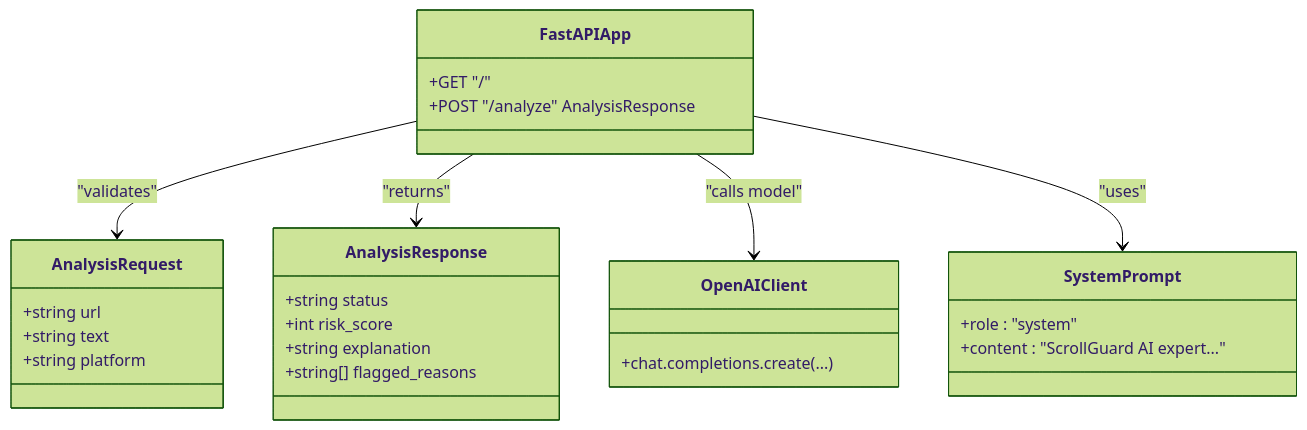
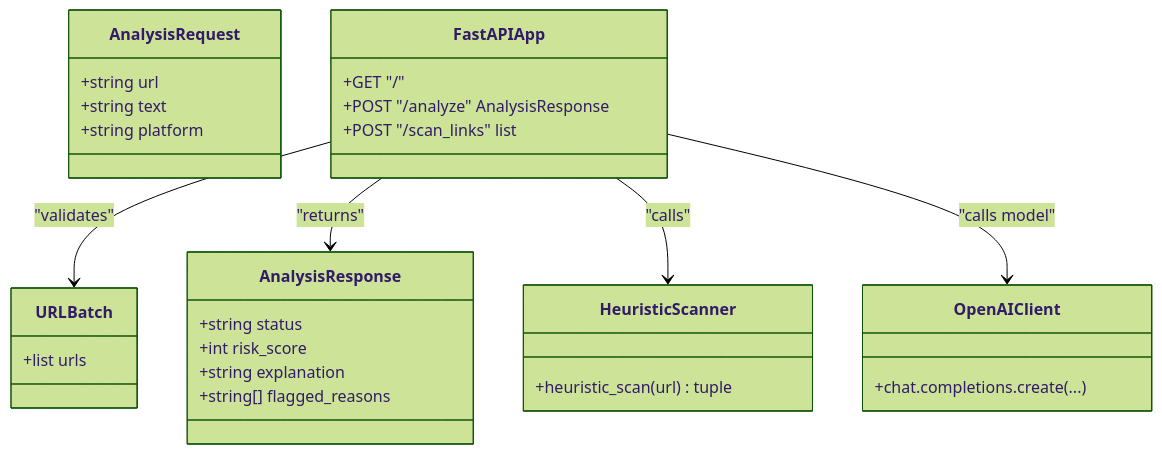
The sixth of 7 diagrams in .qoder/repowiki/en/content/Threat Detection Engine.md (Aymanaahh/scrollguard-ai), drawn with Mermaid (forest theme) before and after one commit. The commit also changed other lines of this file and 36 other files, not shown here.

````diff
--- a/.qoder/repowiki/en/content/Threat Detection Engine.md
+++ b/.qoder/repowiki/en/content/Threat Detection Engine.md
@@ -291,29 +279,32 @@
 ```mermaid
 classDiagram
 class AnalysisRequest {
 +string url
 +string text
 +string platform
+}
+class URLBatch {
++list urls
 }
 class AnalysisResponse {
 +string status
 +int risk_score
 +string explanation
 +string[] flagged_reasons
 }
 class FastAPIApp {
 +GET "/"
 +POST "/analyze" AnalysisResponse
++POST "/scan_links" list
+}
+class HeuristicScanner {
++heuristic_scan(url) tuple
 }
 class OpenAIClient {
 +chat.completions.create(...)
 }
-class SystemPrompt {
-+role : "system"
-+content : "ScrollGuard AI expert..."
-}
-FastAPIApp --> AnalysisRequest : "validates"
+FastAPIApp --> URLBatch : "validates"
 FastAPIApp --> AnalysisResponse : "returns"
+FastAPIApp --> HeuristicScanner : "calls"
 FastAPIApp --> OpenAIClient : "calls model"
-FastAPIApp --> SystemPrompt : "uses"
 ```
````
